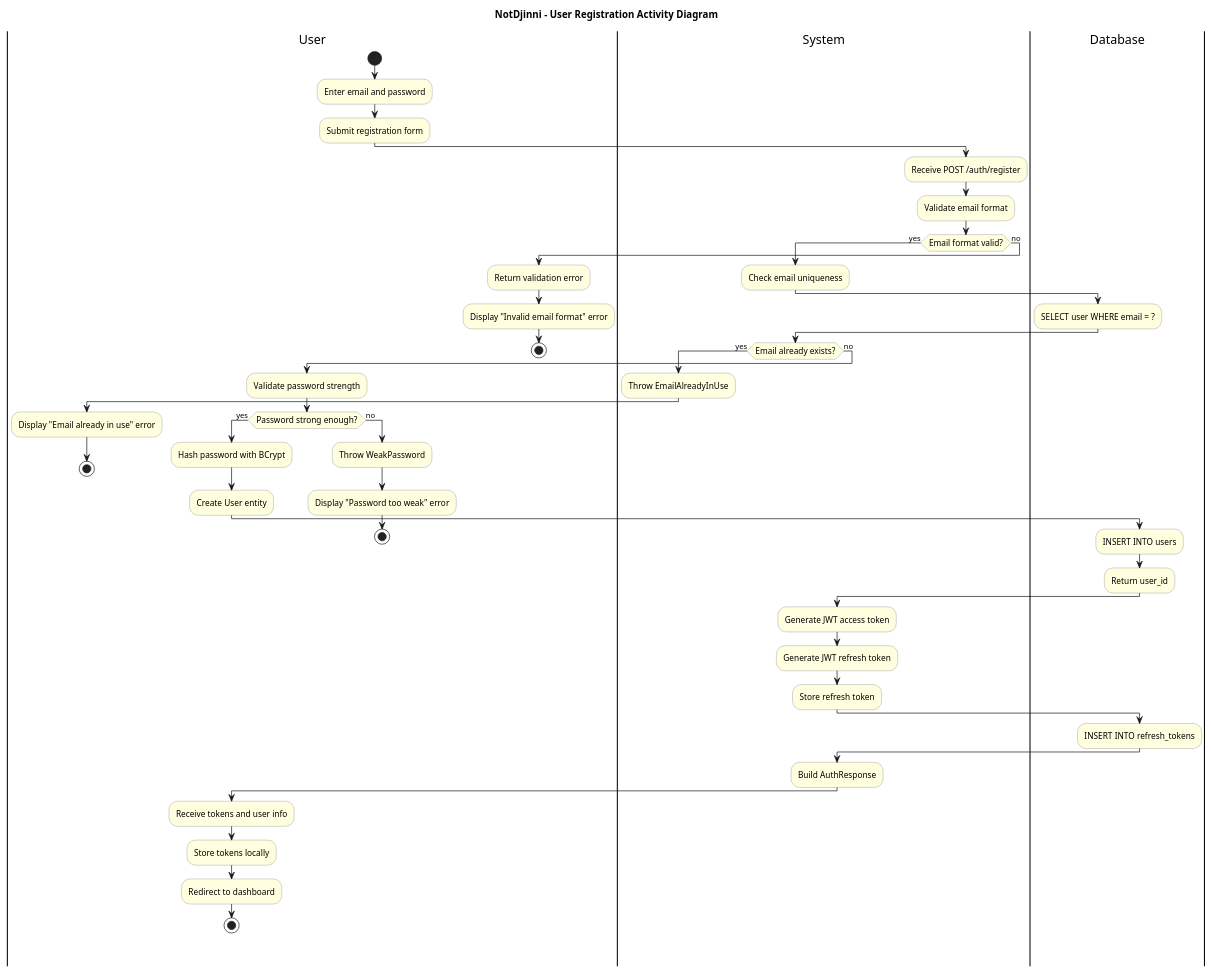
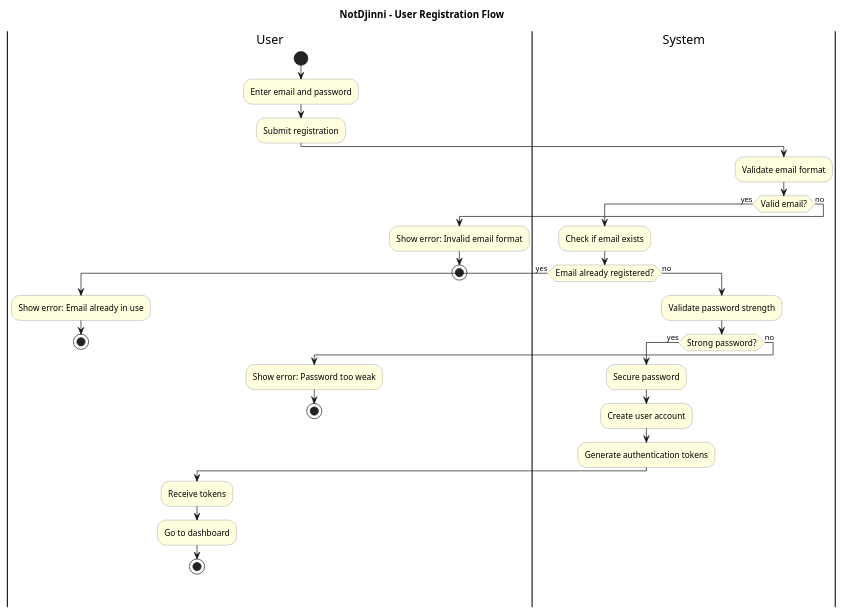
The diagram in diagram/business/user-registration-flow.puml (hmokryiedu/NotDjinni), drawn with PlantUML before and after one commit. The commit also changed 48 other files, not shown here.

```diff
--- a/diagram/business/user-registration-flow.puml
+++ b/diagram/business/user-registration-flow.puml
@@ -1,75 +1,51 @@
 @startuml User Registration Flow
 
 skinparam activity {
     BackgroundColor LightYellow
     BorderColor Gray
     FontSize 12
 }
 
-title NotDjinni - User Registration Activity Diagram
+title NotDjinni - User Registration Flow
 
 |User|
 start
 :Enter email and password;
-:Submit registration form;
+:Submit registration;
 
 |System|
-:Receive POST /auth/register;
 :Validate email format;
 
-if (Email format valid?) then (yes)
-    :Check email uniqueness;
+if (Valid email?) then (yes)
+    :Check if email exists;
 
-    |Database|
-    :SELECT user WHERE email = ?;
-
-    |System|
-    if (Email already exists?) then (yes)
-        :Throw EmailAlreadyInUse;
+    if (Email already registered?) then (yes)
         |User|
-        :Display "Email already in use" error;
+        :Show error: Email already in use;
         stop
     else (no)
+        |System|
         :Validate password strength;
 
-        if (Password strong enough?) then (yes)
-            :Hash password with BCrypt;
-            :Create User entity;
-
-            |Database|
-            :INSERT INTO users;
-            :Return user_id;
-
-            |System|
-            :Generate JWT access token;
-            :Generate JWT refresh token;
-            :Store refresh token;
-
-            |Database|
-            :INSERT INTO refresh_tokens;
-
-            |System|
-            :Build AuthResponse;
+        if (Strong password?) then (yes)
+            :Secure password;
+            :Create user account;
+            :Generate authentication tokens;
 
             |User|
-            :Receive tokens and user info;
-            :Store tokens locally;
-            :Redirect to dashboard;
+            :Receive tokens;
+            :Go to dashboard;
             stop
-
         else (no)
-            :Throw WeakPassword;
             |User|
-            :Display "Password too weak" error;
+            :Show error: Password too weak;
             stop
         endif
     endif
-
 else (no)
-    :Return validation error;
     |User|
-    :Display "Invalid email format" error;
+    :Show error: Invalid email format;
     stop
 endif
 
 @enduml
```
